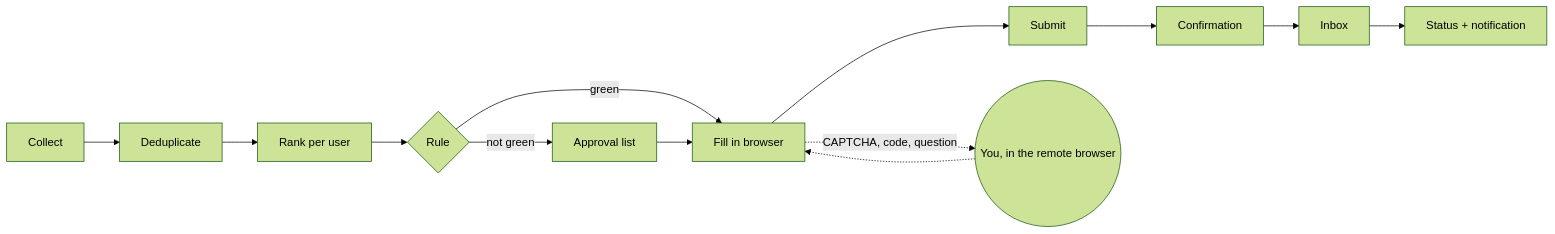
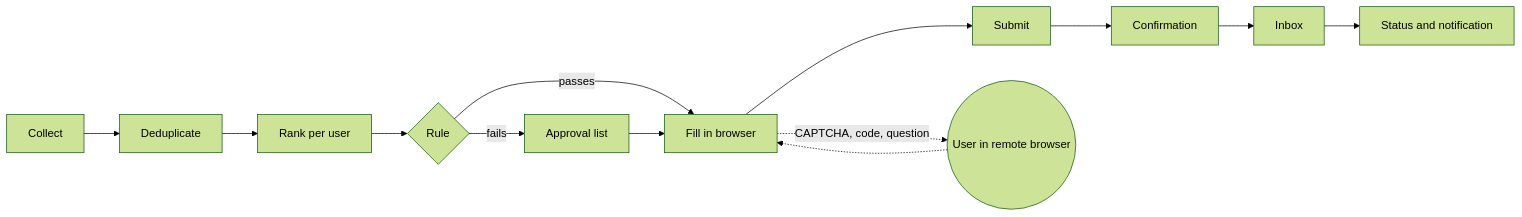
Before and after one commit to 1xxn/getafjob: the diagram in README.md, drawn with Mermaid (forest theme). The commit also changed other lines of this file and 38 other files, not shown here.

````diff
--- a/README.md
+++ b/README.md
@@ -43,7 +43,7 @@
 ```mermaid
 flowchart LR
   A[Collect] --> B[Deduplicate] --> C[Rank per user] --> D{Rule}
-  D -- green --> E[Fill in browser] --> F[Submit] --> G[Confirmation] --> H[Inbox] --> I[Status + notification]
-  D -- not green --> J[Approval list] --> E
-  E -. CAPTCHA, code, question .-> K((You, in the remote browser)) -.-> E
+  D -- passes --> E[Fill in browser] --> F[Submit] --> G[Confirmation] --> H[Inbox] --> I[Status and notification]
+  D -- fails --> J[Approval list] --> E
+  E -. CAPTCHA, code, question .-> K((User in remote browser)) -.-> E
 ```
````
